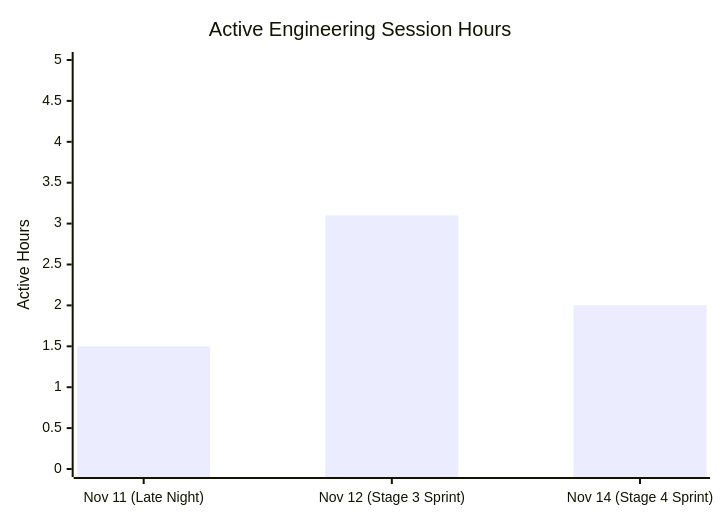
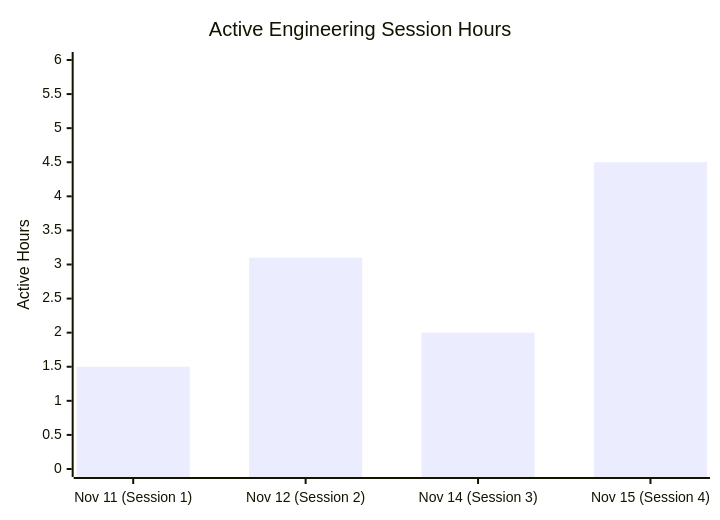
Before and after one commit to Rx4445/job-agent-: the first of 3 diagrams in METRICS.md, drawn with Mermaid. The commit also changed other lines of this file and 5 other files, not shown here.

````diff
--- a/METRICS.md
+++ b/METRICS.md
@@ -10,7 +10,7 @@
 ```mermaid
 xychart-beta
     title "Active Engineering Session Hours"
-    x-axis ["Nov 11 (Late Night)", "Nov 12 (Stage 3 Sprint)", "Nov 14 (Stage 4 Sprint)"]
-    y-axis "Active Hours" 0 --> 5
-    bar [1.5, 3.1, 2.0]
+    x-axis ["Nov 11 (Session 1)", "Nov 12 (Session 2)", "Nov 14 (Session 3)", "Nov 15 (Session 4)"]
+    y-axis "Active Hours" 0 --> 6
+    bar [1.5, 3.1, 2.0, 4.5]
 ```
````
